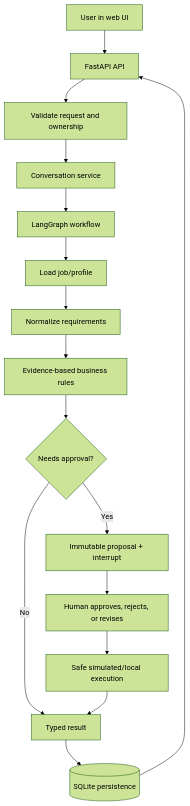
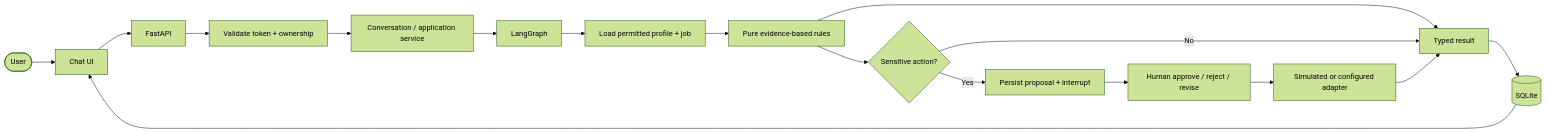
Before and after one commit to mustafasabahy/careerpilot-ai: the first of 2 diagrams in README.md, drawn with Mermaid (forest theme). The commit also changed other lines of this file and 4 other files, not shown here.

````diff
--- a/README.md
+++ b/README.md
@@ -20,18 +25,19 @@
 ```mermaid
-flowchart TD
-    U[User in web UI] --> API[FastAPI API]
-    API --> V[Validate request and ownership]
-    V --> C[Conversation service]
-    C --> G[LangGraph workflow]
-    G --> N1[Load job/profile]
-    N1 --> N2[Normalize requirements]
-    N2 --> N3[Evidence-based business rules]
-    N3 --> N4{Needs approval?}
-    N4 -- No --> R[Typed result]
-    N4 -- Yes --> P[Immutable proposal + interrupt]
-    P --> A[Human approves, rejects, or revises]
-    A --> E[Safe simulated/local execution]
-    E --> R
-    R --> DB[(SQLite persistence)]
-    DB --> API
+flowchart LR
+  User([User]) --> UI[Chat UI]
+  UI --> API[FastAPI]
+  API --> Auth[Validate token + ownership]
+  Auth --> Service[Conversation / application service]
+  Service --> Graph[LangGraph]
+  Graph --> Load[Load permitted profile + job]
+  Load --> Rules[Pure evidence-based rules]
+  Rules --> Result[Typed result]
+  Rules --> Approval{Sensitive action?}
+  Approval -->|No| Result
+  Approval -->|Yes| Interrupt[Persist proposal + interrupt]
+  Interrupt --> Human[Human approve / reject / revise]
+  Human --> Action[Simulated or configured adapter]
+  Action --> Result
+  Result --> DB[(SQLite)]
+  DB --> UI
 ```
````
